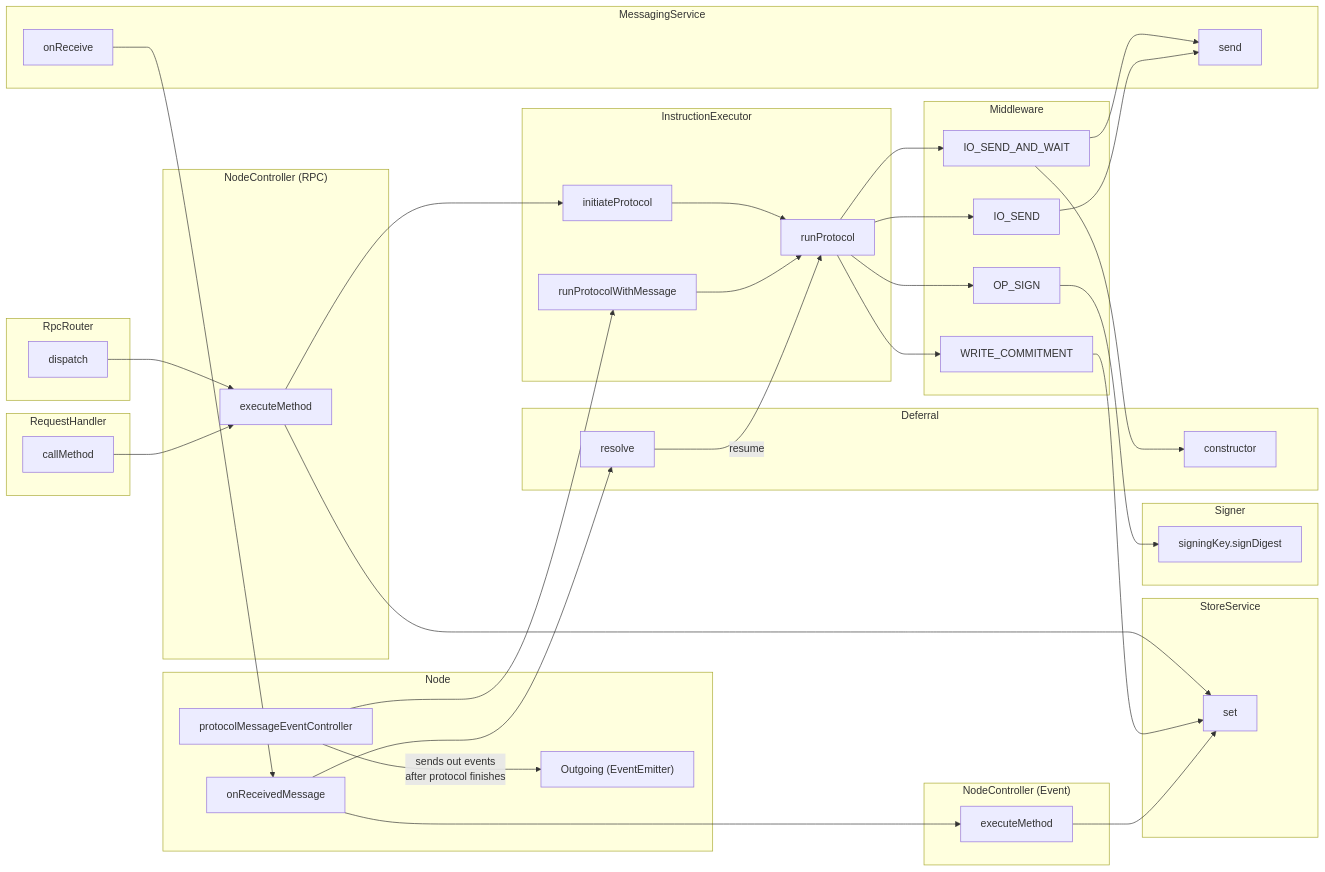
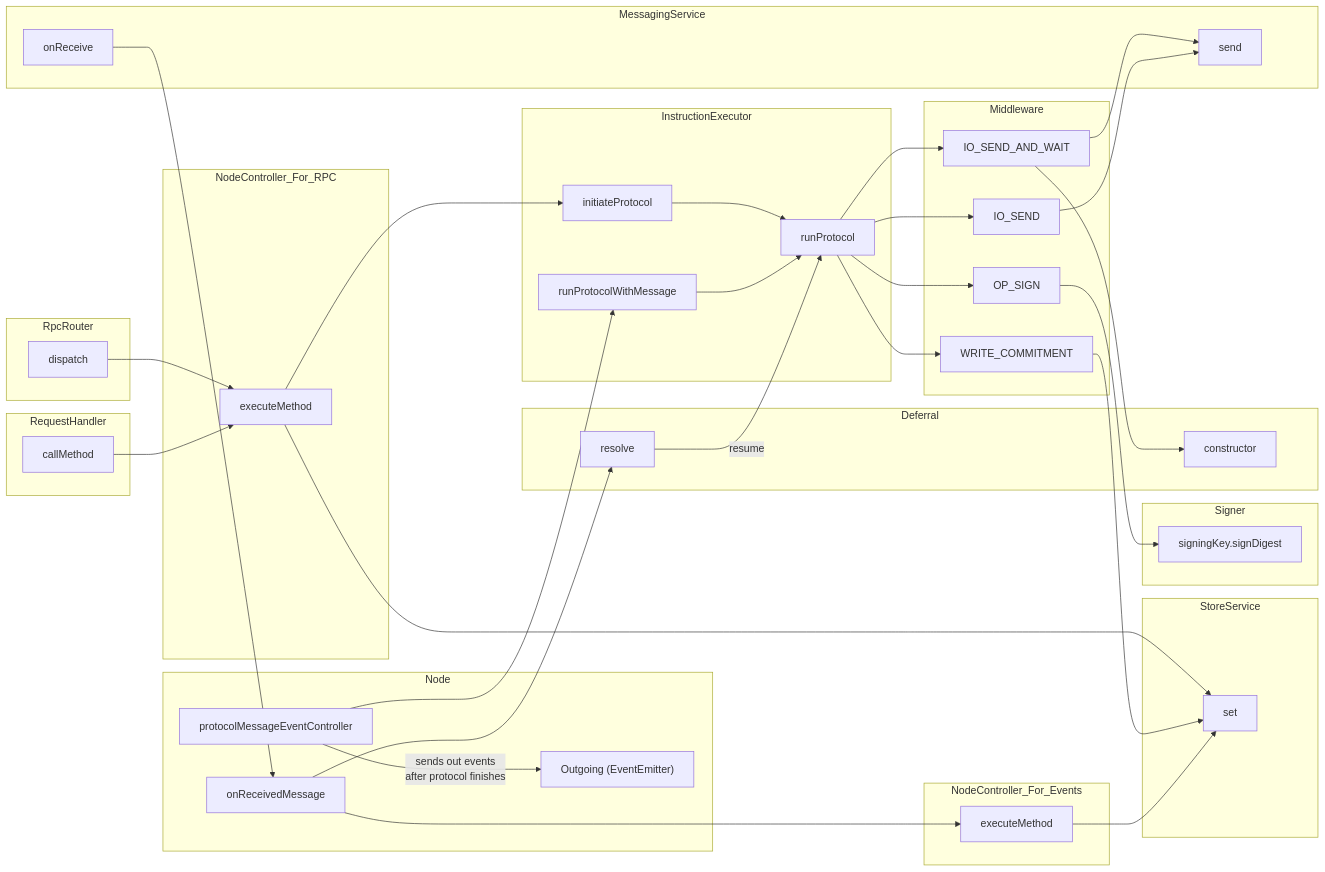
One commit to counterfactual/monorepo changed the second of 2 diagrams in packages/node/docs/diagram.md. Above: the diagram before and after it, drawn with Mermaid. The commit also changed other lines of this file and 1 other file, not shown here.

Commit message:
[node] [documentation] Fixes diagrams' readibility for Chrome extensions, links document from the README (#1994)
* fixed first diagram

* fixing second diagram

* another attempt to fix the second diagram

* added extra extension, reformatted a bit

* linked from Node's readme, better discoverability

````diff
--- a/packages/node/docs/diagram.md
+++ b/packages/node/docs/diagram.md
@@ -37,30 +29,28 @@
 ```mermaid
 graph LR
-
   subgraph MessagingService
     onReceive
     send
   end
-
+  
   subgraph RequestHandler
     callMethod
   end
-
+  
   subgraph RpcRouter
     dispatch
   end
-
+  
   subgraph StoreService
     storeServiceSet["set"]
   end
-
-  subgraph NodeController["NodeController (RPC)"]
+  
+  subgraph NodeController_For_RPC
     rpcExecute["executeMethod"]-->storeServiceSet
-
     dispatch-->rpcExecute
     callMethod-->rpcExecute
   end
-
+  
   subgraph Middleware
     IO_SEND_AND_WAIT
     IO_SEND
@@ -69,58 +59,42 @@
     IO_SEND_AND_WAIT-->send
     IO_SEND-->send
   end
-
   subgraph Deferral
     ioSendDeferrals["resolve"]
     deferralCtor["constructor"]
   end
-
+  
   subgraph Signer
     signDigest["signingKey.signDigest"]
   end
-
+  
   subgraph Node
-
     onReceivedMessage
     onReceive-->onReceivedMessage
-
     onReceivedMessage-->ioSendDeferrals
-
     outgoing["Outgoing (EventEmitter)"]
     protocolMessageEventController-->|sends out events <br>after protocol finishes|outgoing
-
     OP_SIGN-->signDigest
-
   end
-
-  subgraph EventController["NodeController (Event)"]
-
+  
+  subgraph NodeController_For_Events
     eventExecute["executeMethod"]-->storeServiceSet
     onReceivedMessage-->eventExecute
-
   end
-
+  
   subgraph InstructionExecutor
-
     initiateProtocol
-
     runProtocolWithMessage
     protocolMessageEventController-->runProtocolWithMessage
     rpcExecute-->initiateProtocol
-
     runProtocol
-
     initiateProtocol-->runProtocol
     runProtocolWithMessage-->runProtocol
-
     ioSendDeferrals-->|resume|runProtocol
-
     IO_SEND_AND_WAIT-->deferralCtor
-
     runProtocol-->IO_SEND_AND_WAIT
     runProtocol-->IO_SEND
     runProtocol-->OP_SIGN
     runProtocol-->WRITE_COMMITMENT
-
   end
 ```
````
